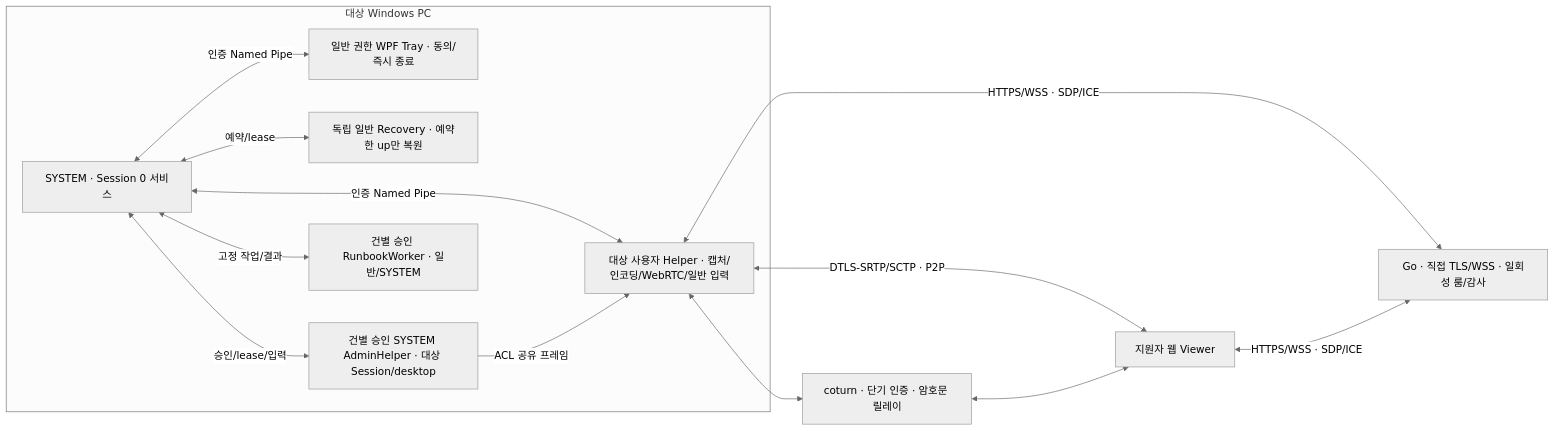
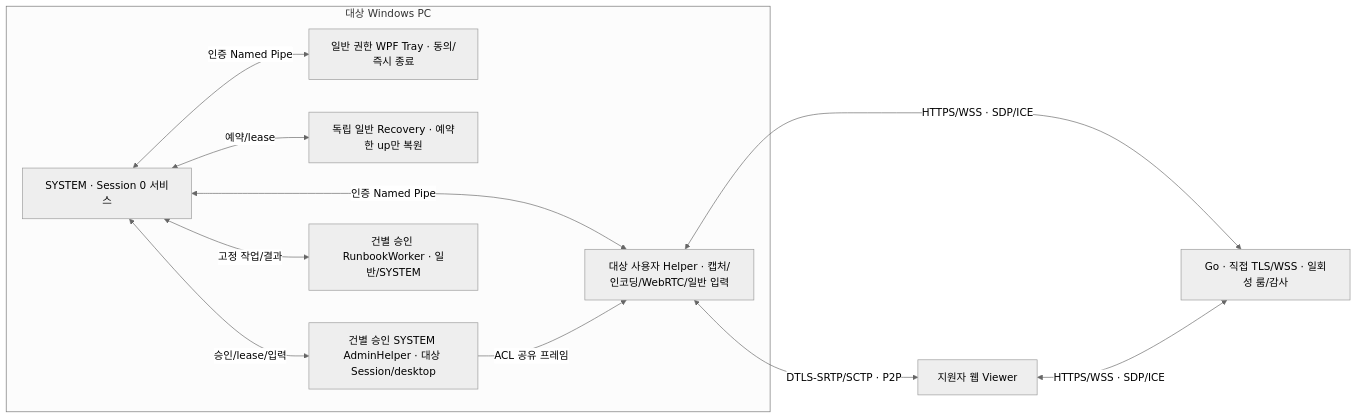
One commit to jacking75/KnockHB changed the diagram in docs/architecture.md. Above: the diagram before and after it, drawn with Mermaid (neutral theme). The commit also changed other lines of this file and 29 other files, not shown here.

````diff
--- a/docs/architecture.md
+++ b/docs/architecture.md
@@ -11,25 +17,22 @@
 ```mermaid
 flowchart LR
  subgraph target["대상 Windows PC"]
   service["SYSTEM · Session 0 서비스"]
   tray["일반 권한 WPF Tray · 동의/즉시 종료"]
   helper["대상 사용자 Helper · 캡처/인코딩/WebRTC/일반 입력"]
   recovery["독립 일반 Recovery · 예약한 up만 복원"]
   admin["건별 승인 SYSTEM AdminHelper · 대상 Session/desktop"]
   book["건별 승인 RunbookWorker · 일반/SYSTEM"]
   service <-->|"인증 Named Pipe"| tray
   service <-->|"인증 Named Pipe"| helper
   service <-->|"예약/lease"| recovery
   service <-->|"승인/lease/입력"| admin
   service <-->|"고정 작업/결과"| book
   admin -->|"ACL 공유 프레임"| helper
  end
  go["Go · 직접 TLS/WSS · 일회성 룸/감사"]
- turn["coturn · 단기 인증 · 암호문 릴레이"]
  viewer["지원자 웹 Viewer"]
  helper <-->|"HTTPS/WSS · SDP/ICE"| go
  viewer <-->|"HTTPS/WSS · SDP/ICE"| go
  helper <-->|"DTLS-SRTP/SCTP · P2P"| viewer
- helper <--> turn
- turn <--> viewer
 ```
````
